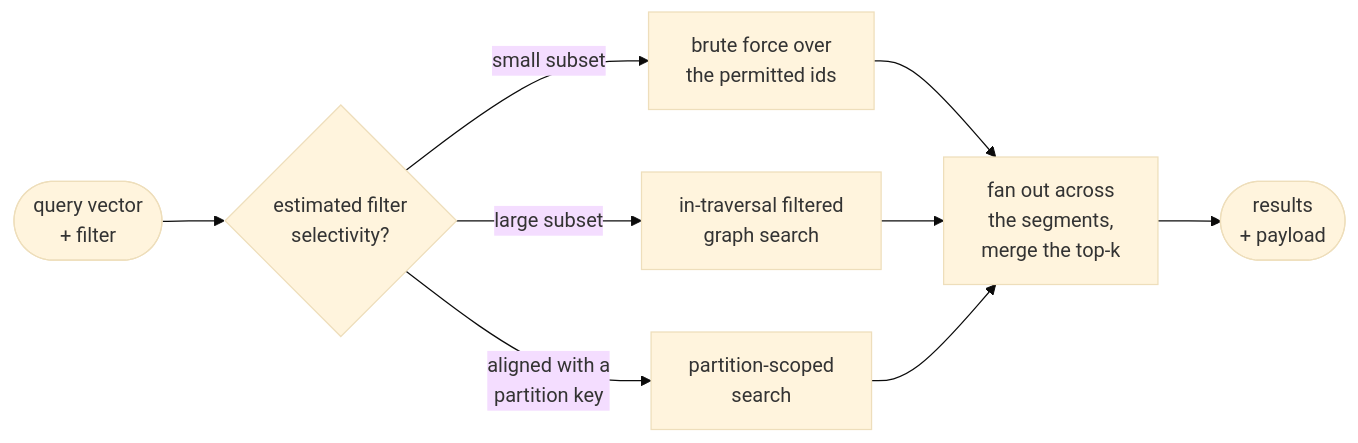
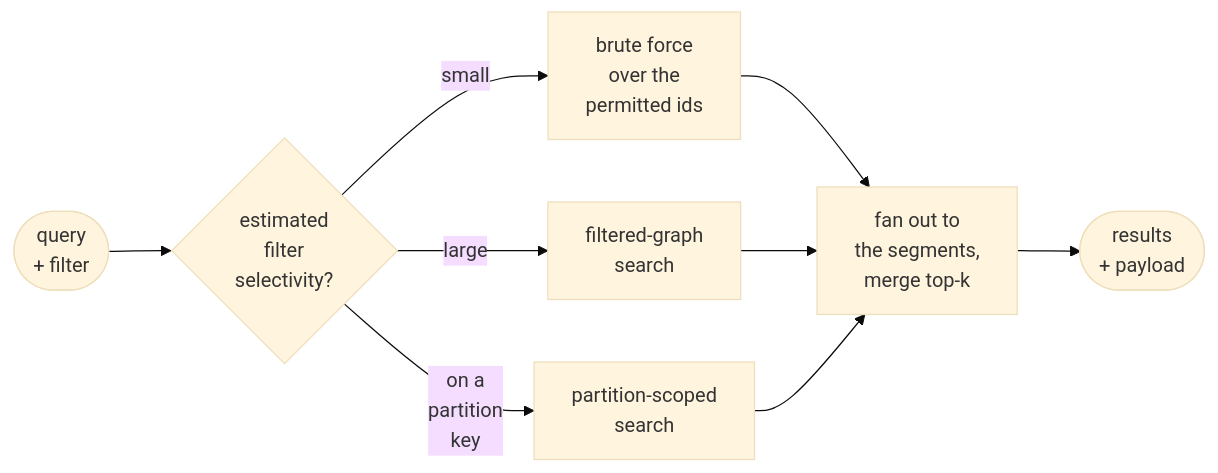
One commit to aniryou/full-stack-agentic-engineer changed the third of 4 diagrams in 07-application-agent-framework/retrieval-rag/vector-databases-primer.md. Above: the diagram before and after it, drawn with Mermaid (base theme). The commit also changed other lines of this file and 211 other files, not shown here.

````diff
--- a/07-application-agent-framework/retrieval-rag/vector-databases-primer.md
+++ b/07-application-agent-framework/retrieval-rag/vector-databases-primer.md
@@ -224,11 +252,11 @@
 ```mermaid
 flowchart LR
-  Q(["query vector<br/>+ filter"]) --> E{"estimated filter<br/>selectivity?"}
-  E -->|"small subset"| B["brute force over<br/>the permitted ids"]
-  E -->|"large subset"| T["in-traversal filtered<br/>graph search"]
-  E -->|"aligned with a<br/>partition key"| P["partition-scoped<br/>search"]
-  B --> F["fan out across<br/>the segments,<br/>merge the top-k"]
+  Q(["query<br/>+ filter"]) --> E{"estimated<br/>filter<br/>selectivity?"}
+  E -->|"small"| B["brute force<br/>over the<br/>permitted ids"]
+  E -->|"large"| T["filtered-graph<br/>search"]
+  E -->|"on a<br/>partition<br/>key"| P["partition-scoped<br/>search"]
+  B --> F["fan out to<br/>the segments,<br/>merge top-k"]
   T --> F
   P --> F
   F --> O(["results<br/>+ payload"])
 ```
````
